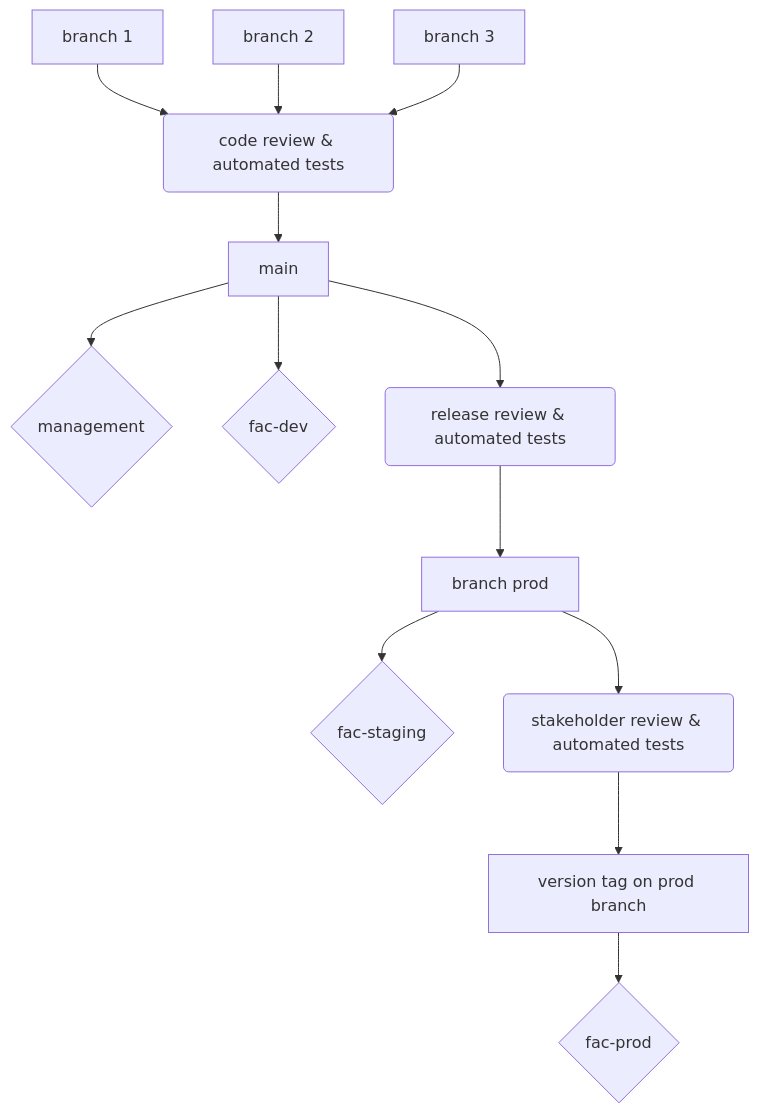
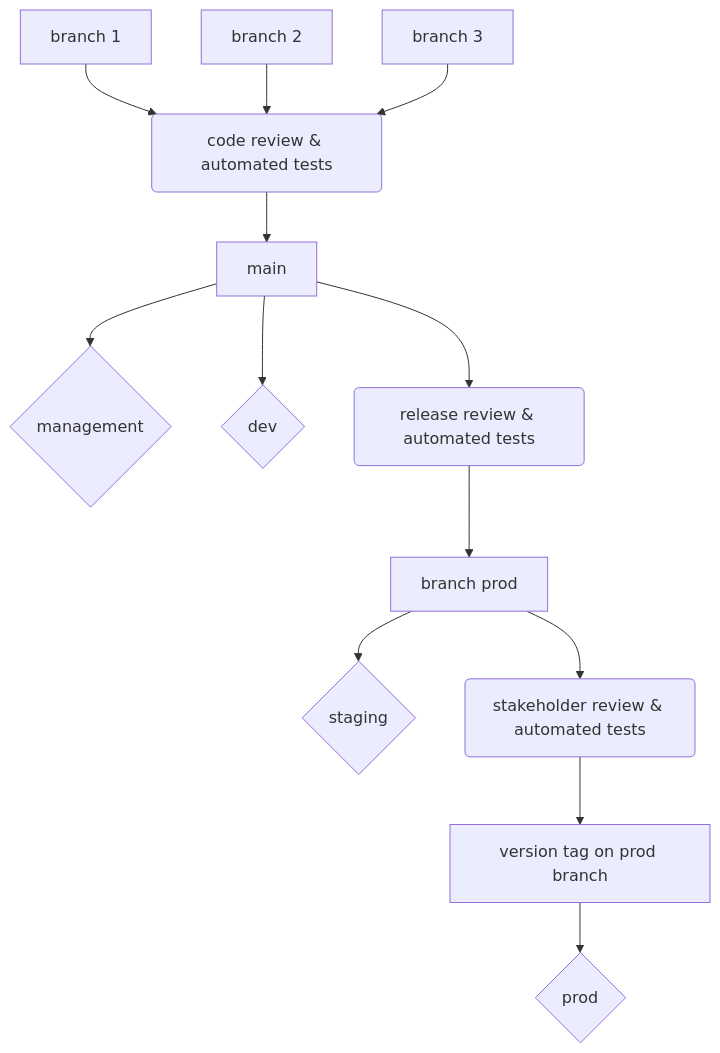
The first of 3 diagrams in docs/branching.md (GSA-TTS/FAC), drawn with Mermaid before and after one commit. The commit also changed other lines of this file and 6 other files, not shown here.

````diff
--- a/docs/branching.md
+++ b/docs/branching.md
@@ -25,15 +25,15 @@
 ```mermaid
 graph TD
     A[branch 1] --> PA
     B[branch 2] --> PA
     C[branch 3] --> PA
     PA( code review & automated tests) --> BA[main]
     BA --> CA{management}
-    BA --> EA{fac-dev}
+    BA --> EA{dev}
     BA --> PB(release review & automated tests)
     PB --> BB[branch prod]
-    BB --> EB{fac-staging}
+    BB --> EB{staging}
     BB --> PC(stakeholder review & automated tests)
     PC --> BC[version tag on prod branch]
-    BC --> EC{fac-prod}
+    BC --> EC{prod}
 ```
````
